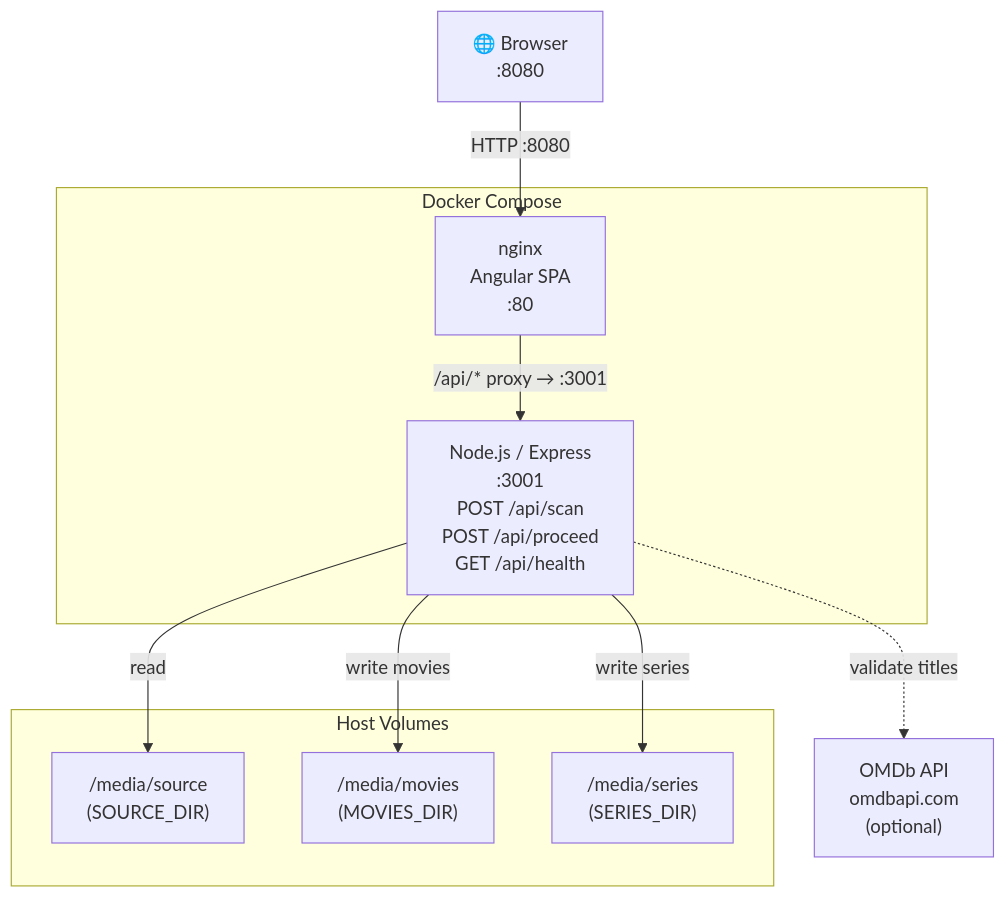
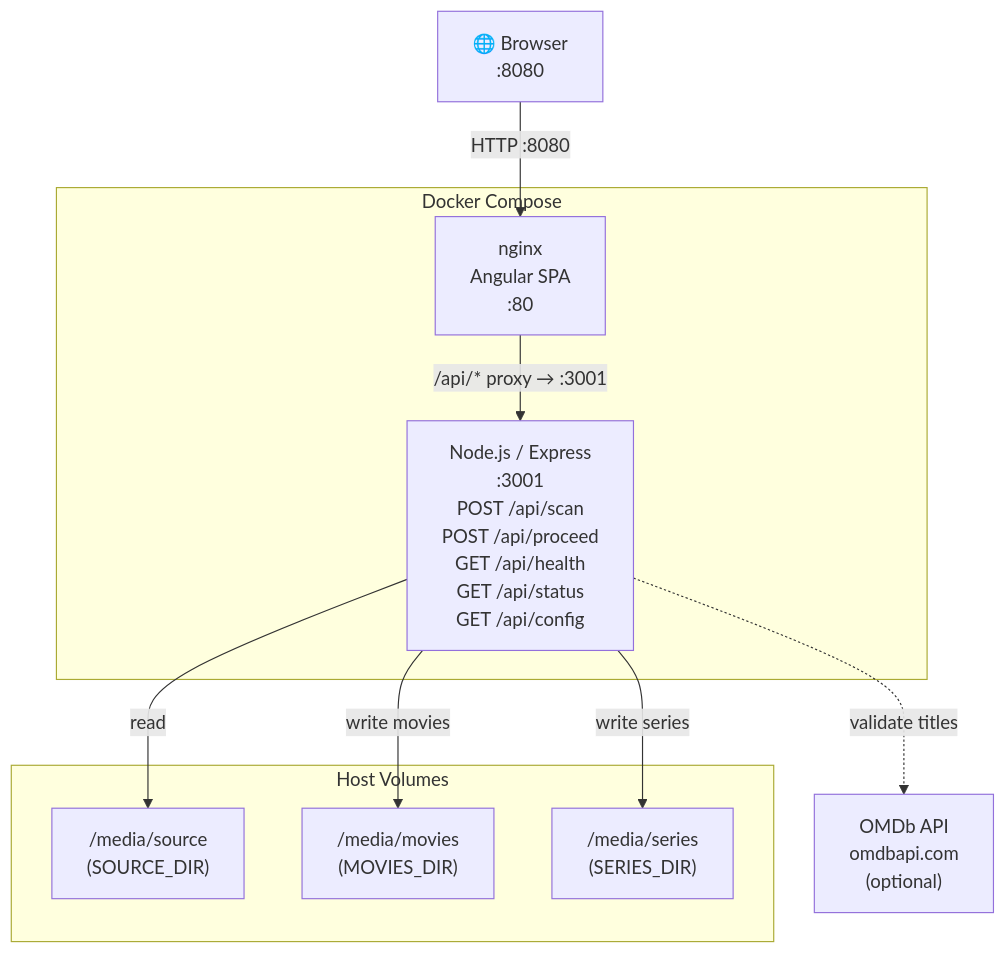
The diagram in README.md (colinmakerofthings/video-sweep-web), drawn with Mermaid before and after one commit. The commit also changed other lines of this file, not shown here.

````diff
--- a/README.md
+++ b/README.md
@@ -112,24 +104,24 @@
 ```mermaid
 graph TB
     Browser["🌐 Browser\n:8080"]
 
     subgraph DC["Docker Compose"]
         Frontend["nginx\nAngular SPA\n:80"]
-        Backend["Node.js / Express\n:3001\nPOST /api/scan\nPOST /api/proceed\nGET  /api/health"]
+        Backend["Node.js / Express\n:3001\nPOST /api/scan\nPOST /api/proceed\nGET  /api/health\nGET  /api/status\nGET  /api/config"]
     end
 
     subgraph Volumes["Host Volumes"]
         Source["/media/source\n(SOURCE_DIR)"]
         Movies["/media/movies\n(MOVIES_DIR)"]
         Series["/media/series\n(SERIES_DIR)"]
     end
 
     OMDb["OMDb API\nomdbapi.com\n(optional)"]
 
     Browser   -->|"HTTP :8080"| Frontend
     Frontend  -->|"/api/* proxy → :3001"| Backend
     Backend   -->|"read"| Source
     Backend   -->|"write movies"| Movies
     Backend   -->|"write series"| Series
     Backend   -.->|"validate titles"| OMDb
 ```
````
